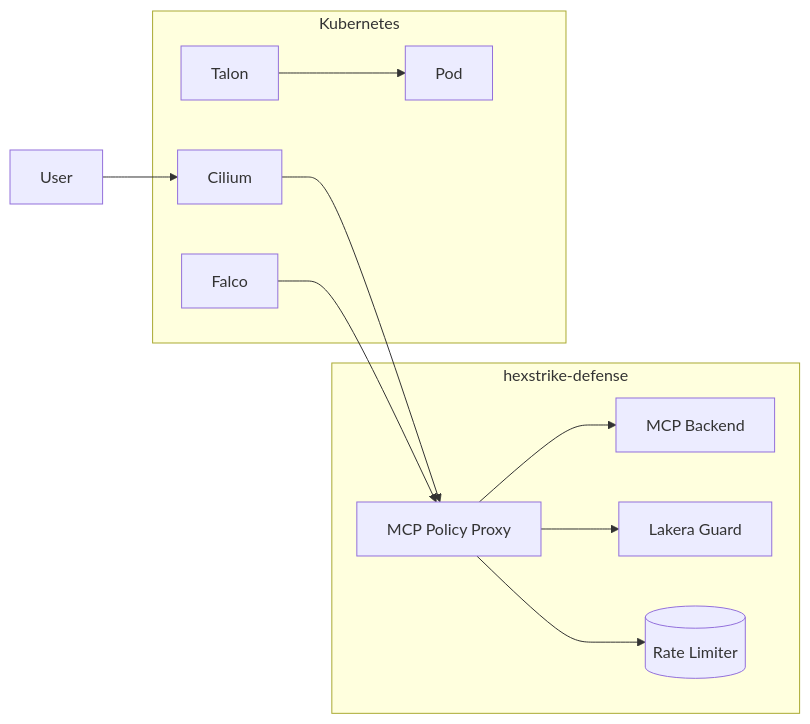
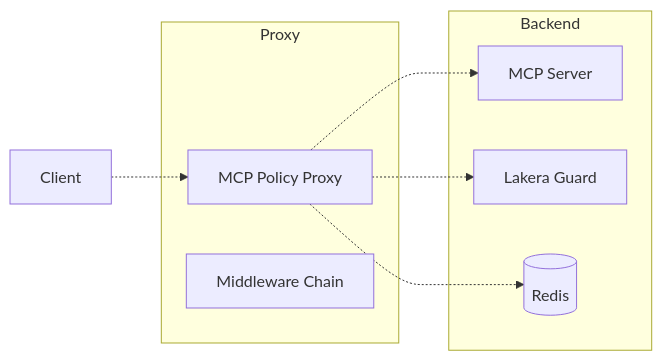
Before and after one commit to teodorbreajen/hexstrike-defense: the second of 3 diagrams in docs/generated/high_level_architecture.md, drawn with Mermaid. The commit also changed other lines of this file and 28 other files, not shown here.

````diff
--- a/docs/generated/high_level_architecture.md
+++ b/docs/generated/high_level_architecture.md
@@ -44,16 +54,19 @@
 ```mermaid
 flowchart LR
-    subgraph "hexstrike-defense"
-        Proxy[MCP Policy Proxy] --> MCP[MCP Backend]
-        Proxy --> Lakera[Lakera Guard]
-        Proxy --> Redis[(Rate Limiter)]
+    subgraph Proxy
+        P[MCP Policy Proxy]
+        MW[Middleware Chain]
     end
 
-    subgraph "Kubernetes"
-        Cilium --> Proxy
-        Falco --> Proxy
-        Talon --> Pod
+    subgraph Backend
+        MCP[MCP Server]
+        LK[Lakera Guard]
+        RED[(Redis)]
     end
 
-    User --> Cilium
+    Client -.-> P
+    P -.-> MCP
+    P -.-> LK
+    P -.-> RED
+
 ```
````
